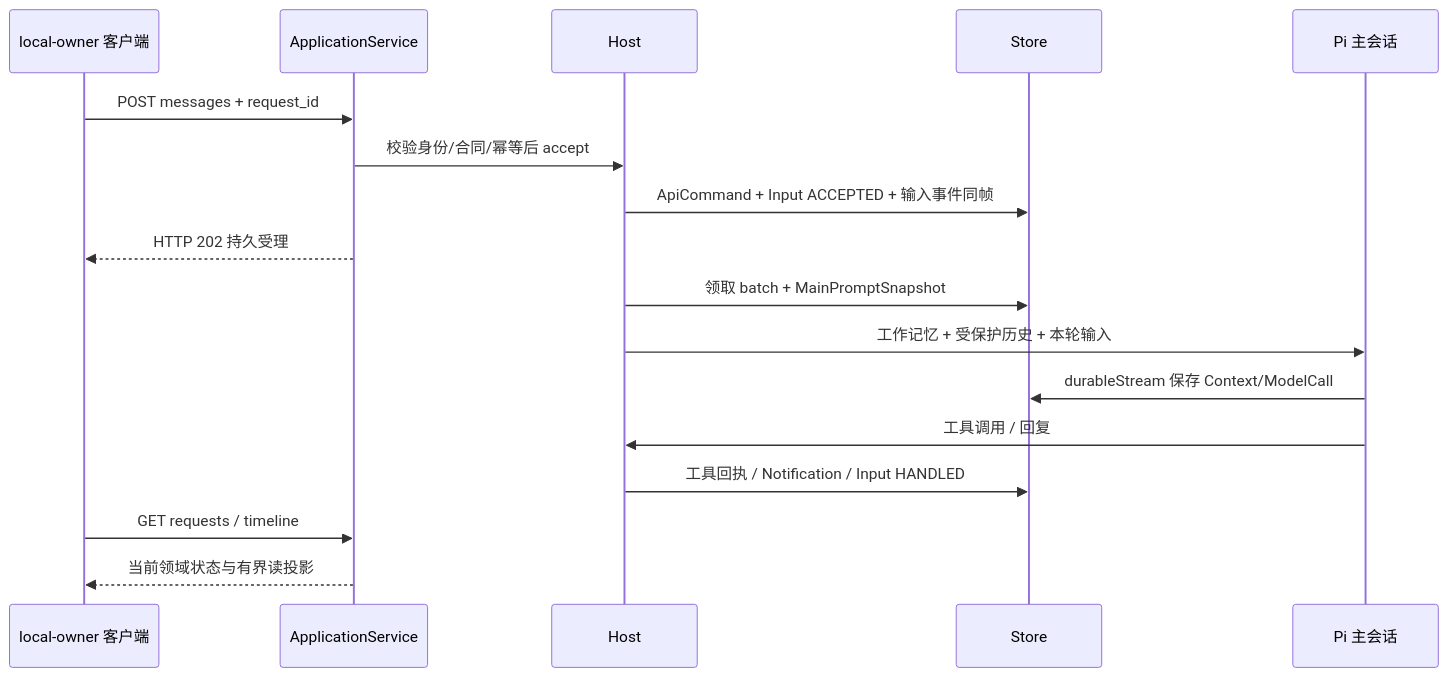
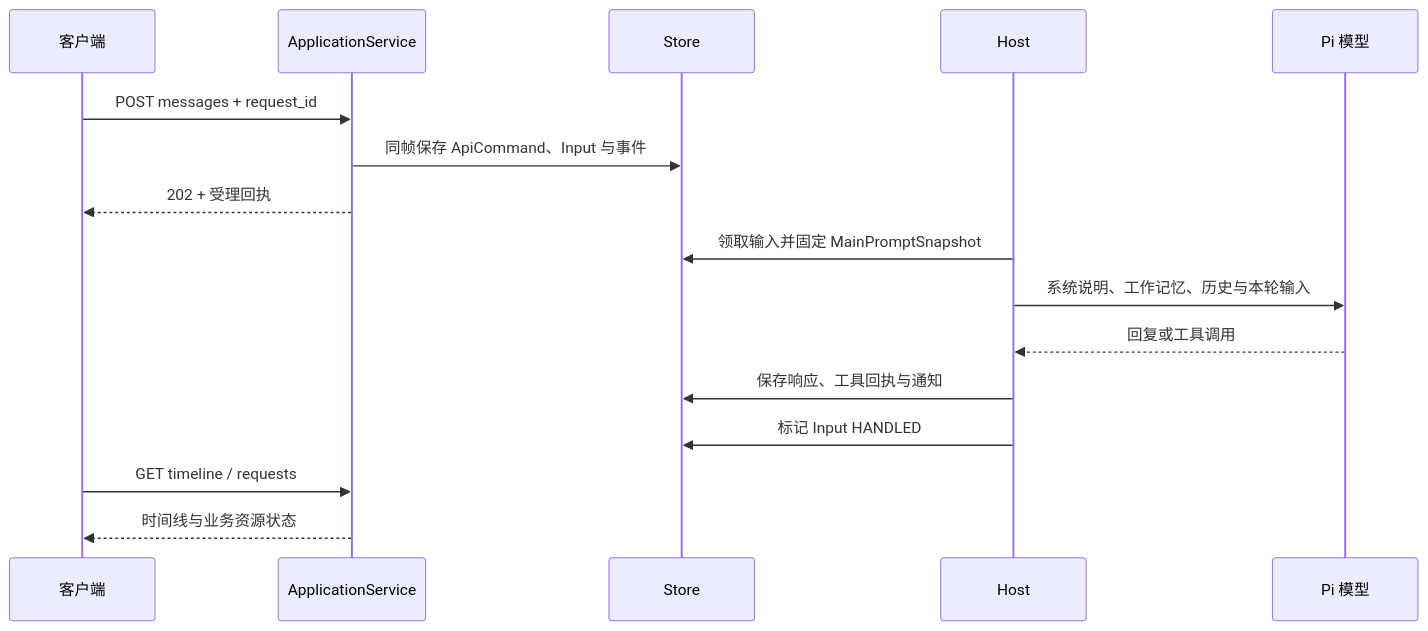
One commit to ExplodeCode6324/Secretary changed the diagram in docs/data-flow.md. Above: the diagram before and after it, drawn with Mermaid. The commit also changed other lines of this file and 118 other files, not shown here.

Commit message:
docs: rewrite current implementation guides and issue roadmap

````diff
--- a/docs/data-flow.md
+++ b/docs/data-flow.md
@@ -5,19 +5,18 @@
 ```mermaid
 sequenceDiagram
-  participant C as local-owner 客户端
+  participant C as 客户端
   participant A as ApplicationService
+  participant S as Store
   participant H as Host
-  participant S as Store
-  participant M as Pi 主会话
+  participant M as Pi 模型
   C->>A: POST messages + request_id
-  A->>H: 校验身份/合同/幂等后 accept
-  H->>S: ApiCommand + Input ACCEPTED + 输入事件同帧
-  A-->>C: HTTP 202 持久受理
-  H->>S: 领取 batch + MainPromptSnapshot
-  H->>M: 工作记忆 + 受保护历史 + 本轮输入
-  M->>S: durableStream 保存 Context/ModelCall
-  M->>H: 工具调用 / 回复
-  H->>S: 工具回执 / Notification / Input HANDLED
-  C->>A: GET requests / timeline
-  A-->>C: 当前领域状态与有界读投影
+  A->>S: 同帧保存 ApiCommand、Input 与事件
+  A-->>C: 202 + 受理回执
+  H->>S: 领取输入并固定 MainPromptSnapshot
+  H->>M: 系统说明、工作记忆、历史与本轮输入
+  M-->>H: 回复或工具调用
+  H->>S: 保存响应、工具回执与通知
+  H->>S: 标记 Input HANDLED
+  C->>A: GET timeline / requests
+  A-->>C: 时间线与业务资源状态
 ```
````
